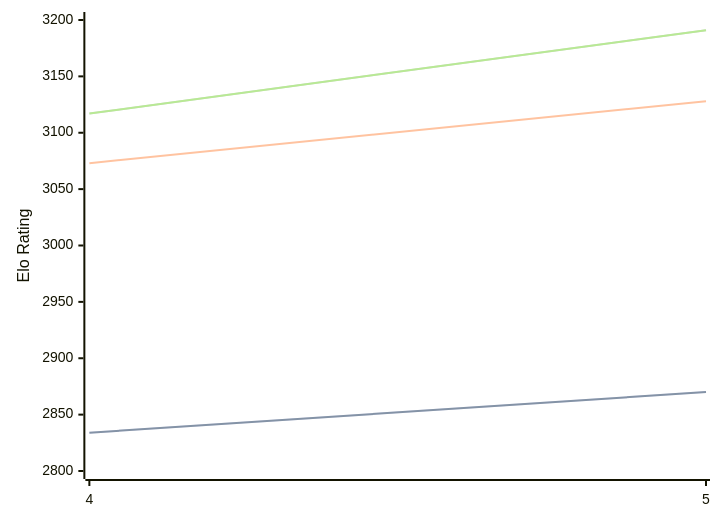
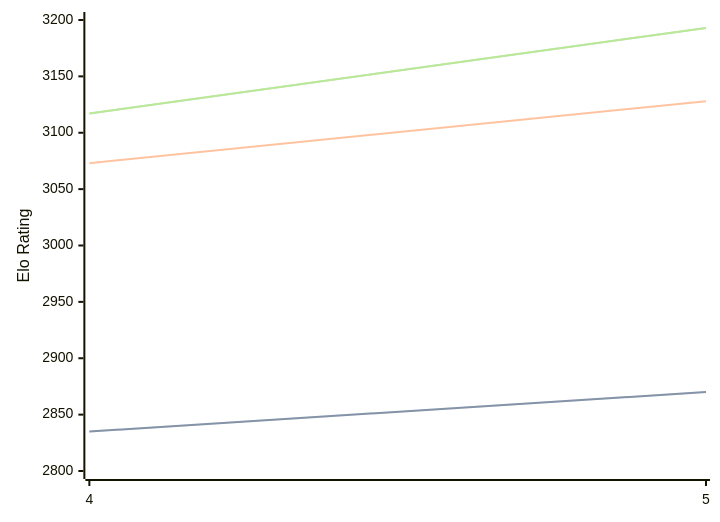
One commit to computer-chess-index/cci changed the third of 3 diagrams in engines/Cwtch.md. Above: the diagram before and after it, drawn with Mermaid. The commit also changed other lines of this file, not shown here.

Commit message:
Update CCI Ratings (ELO VLTC) - 2026-06-16

````diff
--- a/engines/Cwtch.md
+++ b/engines/Cwtch.md
@@ -67,11 +67,11 @@
 ```mermaid
 %%{init: {"theme":"base","themeVariables":{"seriesColors:['#a3a3a3','#222221','#faa371']}}}%%
 xychart-beta
   x-axis ["4", "5"]
   y-axis "Elo Rating" 2800 --> 3200
-  line "STC (8.0+0.08s)" [2834, 2870]
-  line "STC (8.0+0.08s)" [2834, 2870]
+  line "STC (8.0+0.08s)" [2835, 2870]
+  line "STC (8.0+0.08s)" [2835, 2870]
   line "LTC (60.0+0.60s)" [3073, 3128]
-  line "VLTC (2m24s+1.12s)" [3117, 3191]
-  line "VLTC (2m24s+1.12s)" [3117, 3191]
+  line "VLTC (2m24s+1.12s)" [3117, 3193]
+  line "VLTC (2m24s+1.12s)" [3117, 3193]
 ```
````
